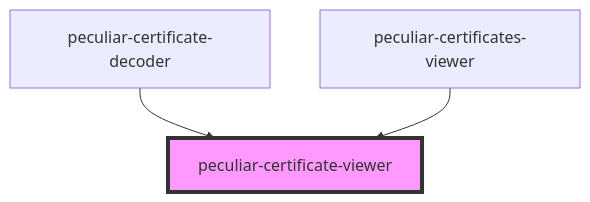
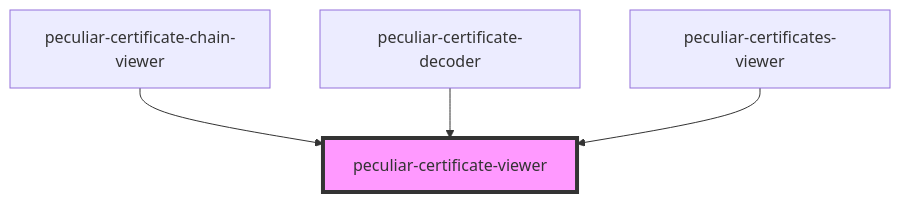
One commit to PeculiarVentures/pv-certificates-viewer changed the diagram in packages/webcomponents/src/components/certificate-viewer/readme.md. Above: the diagram before and after it, drawn with Mermaid. The commit also changed other lines of this file and 13 other files, not shown here.

````diff
--- a/packages/webcomponents/src/components/certificate-viewer/readme.md
+++ b/packages/webcomponents/src/components/certificate-viewer/readme.md
@@ -30,6 +31,7 @@
 ```mermaid
 graph TD;
+  peculiar-certificate-chain-viewer --> peculiar-certificate-viewer
   peculiar-certificate-decoder --> peculiar-certificate-viewer
   peculiar-certificates-viewer --> peculiar-certificate-viewer
   style peculiar-certificate-viewer fill:#f9f,stroke:#333,stroke-width:4px
 ```
````
